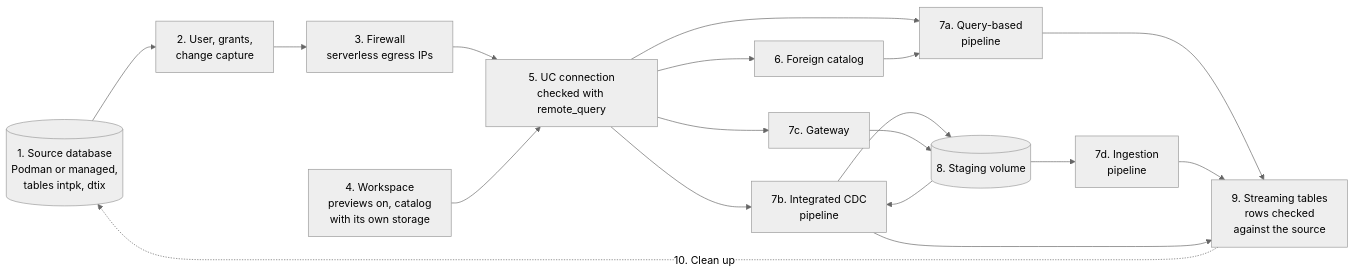
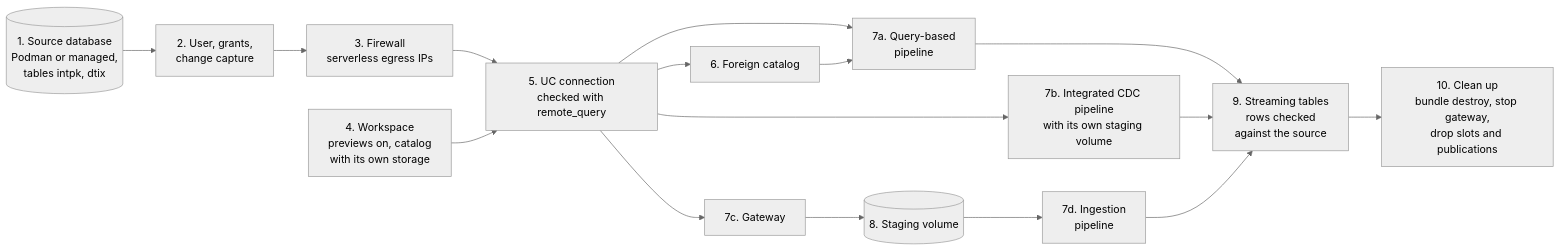
One commit to bgiesbrecht/databricks-agent-skills-tests changed the second of 2 diagrams in docs/lakeflow-connect-database.md. Above: the diagram before and after it, drawn with Mermaid (neutral theme). The commit also changed 3 other files, not shown here.

First line of the commit message:
README: journey table and numbers move to their own docs; cleaner setup diagram

````diff
--- a/docs/lakeflow-connect-database.md
+++ b/docs/lakeflow-connect-database.md
@@ -47,24 +47,26 @@
 ```mermaid
 flowchart LR
   db[("1. Source database<br/>Podman or managed,<br/>tables intpk, dtix")]
   cap["2. User, grants,<br/>change capture"]
   fw["3. Firewall<br/>serverless egress IPs"]
   prep["4. Workspace<br/>previews on, catalog<br/>with its own storage"]
   conn["5. UC connection<br/>checked with remote_query"]
   fc["6. Foreign catalog"]
   qbc["7a. Query-based<br/>pipeline"]
-  icdc["7b. Integrated CDC<br/>pipeline"]
+  icdc["7b. Integrated CDC pipeline<br/>with its own staging volume"]
   gw["7c. Gateway"]
   vol[("8. Staging volume")]
   ap["7d. Ingestion<br/>pipeline"]
   tbl["9. Streaming tables<br/>rows checked<br/>against the source"]
+  clean["10. Clean up<br/>bundle destroy, stop gateway,<br/>drop slots and publications"]
   db --> cap --> fw --> conn
   prep --> conn
-  conn --> qbc --> tbl
+  conn --> qbc
   conn --> fc --> qbc
-  conn --> icdc --> vol
-  conn --> gw --> vol --> ap --> tbl
-  vol --> icdc
+  conn --> icdc
+  conn --> gw --> vol --> ap
+  qbc --> tbl
   icdc --> tbl
-  tbl -. "10. Clean up" .-> db
+  ap --> tbl
+  tbl --> clean
 ```
````
